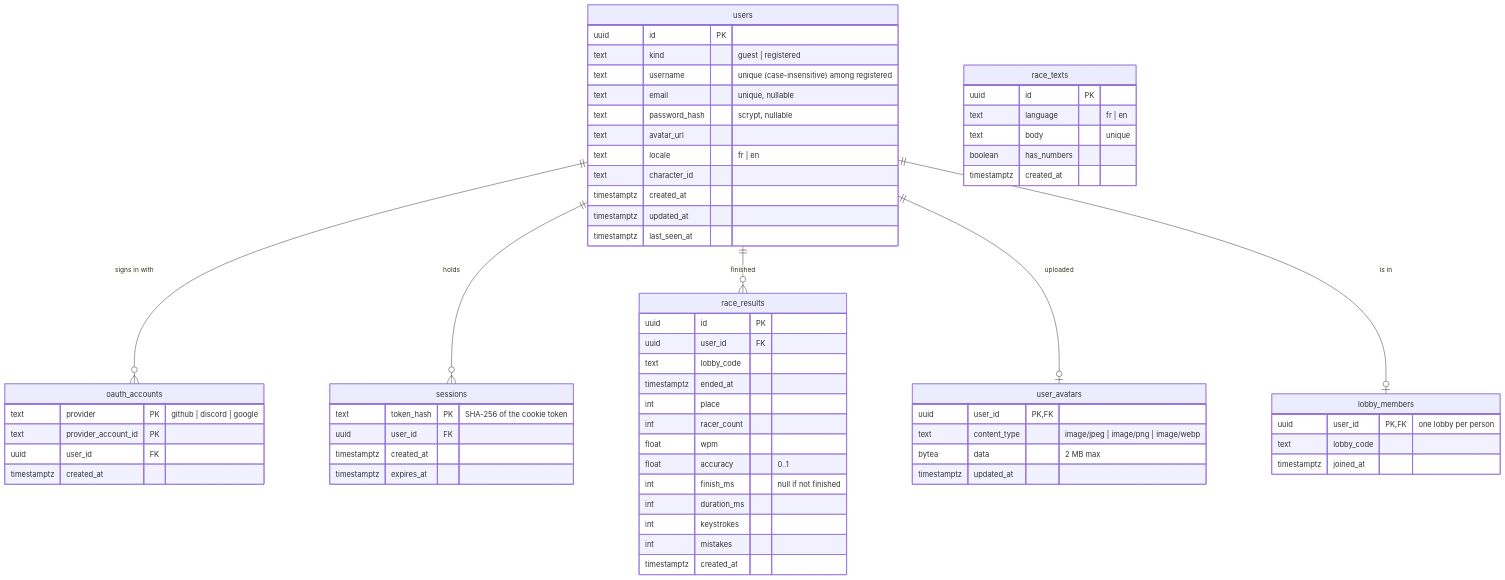
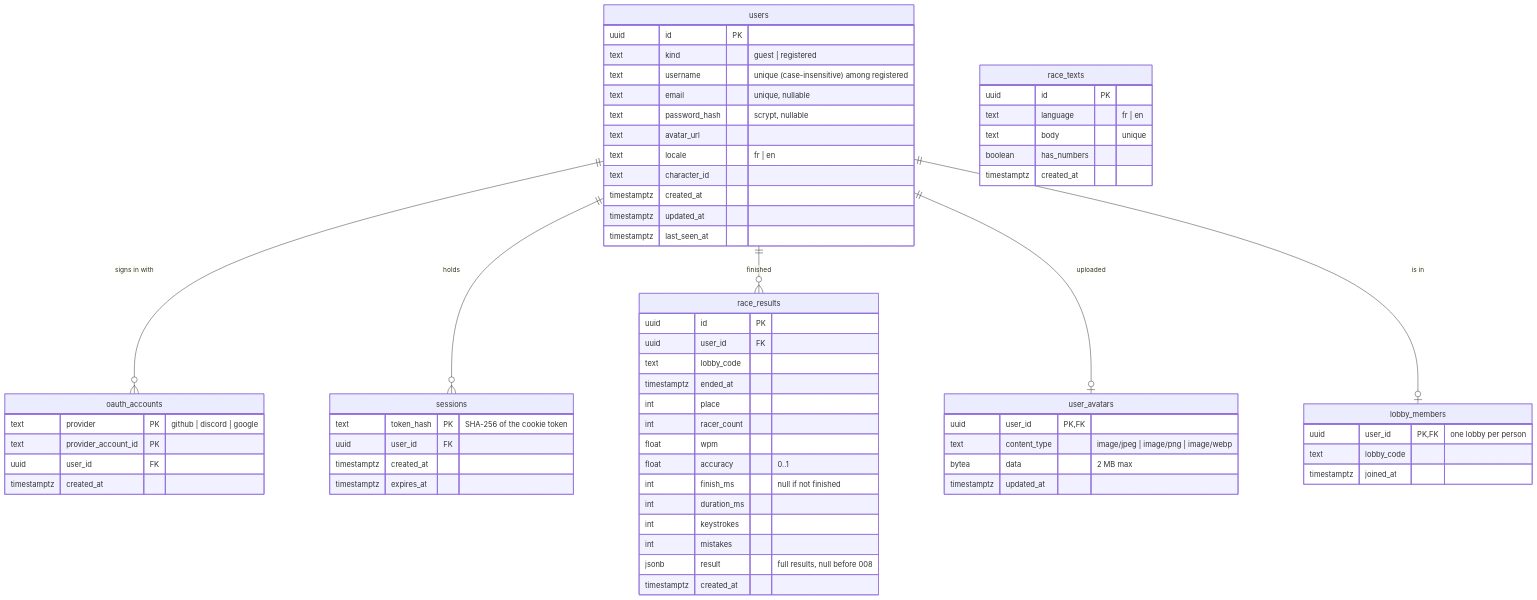
One commit to Sylowww/Persona5-type-racing changed the first of 3 diagrams in docs/ARCHITECTURE.md. Above: the diagram before and after it, drawn with Mermaid. The commit also changed other lines of this file and 15 other files, not shown here.

Commit message:
feat: race WPM chart, personal bests, paginated history and saved race pages

````diff
--- a/docs/ARCHITECTURE.md
+++ b/docs/ARCHITECTURE.md
@@ -149,67 +149,68 @@
 ```mermaid
 erDiagram
   users ||--o{ oauth_accounts : "signs in with"
   users ||--o{ sessions : "holds"
   users ||--o{ race_results : "finished"
   users ||--o| user_avatars : "uploaded"
   users ||--o| lobby_members : "is in"
 
   users {
     uuid id PK
     text kind "guest | registered"
     text username "unique (case-insensitive) among registered"
     text email "unique, nullable"
     text password_hash "scrypt, nullable"
     text avatar_url
     text locale "fr | en"
     text character_id
     timestamptz created_at
     timestamptz updated_at
     timestamptz last_seen_at
   }
   oauth_accounts {
     text provider PK "github | discord | google"
     text provider_account_id PK
     uuid user_id FK
     timestamptz created_at
   }
   sessions {
     text token_hash PK "SHA-256 of the cookie token"
     uuid user_id FK
     timestamptz created_at
     timestamptz expires_at
   }
   user_avatars {
     uuid user_id PK, FK
     text content_type "image/jpeg | image/png | image/webp"
     bytea data "2 MB max"
     timestamptz updated_at
   }
   lobby_members {
     uuid user_id PK, FK "one lobby per person"
     text lobby_code
     timestamptz joined_at
   }
   race_texts {
     uuid id PK
     text language "fr | en"
     text body "unique"
     boolean has_numbers
     timestamptz created_at
   }
   race_results {
     uuid id PK
     uuid user_id FK
     text lobby_code
     timestamptz ended_at
     int place
     int racer_count
     float wpm
     float accuracy "0..1"
     int finish_ms "null if not finished"
     int duration_ms
     int keystrokes
     int mistakes
+    jsonb result "full results, null before 008"
     timestamptz created_at
   }
 ```
````
